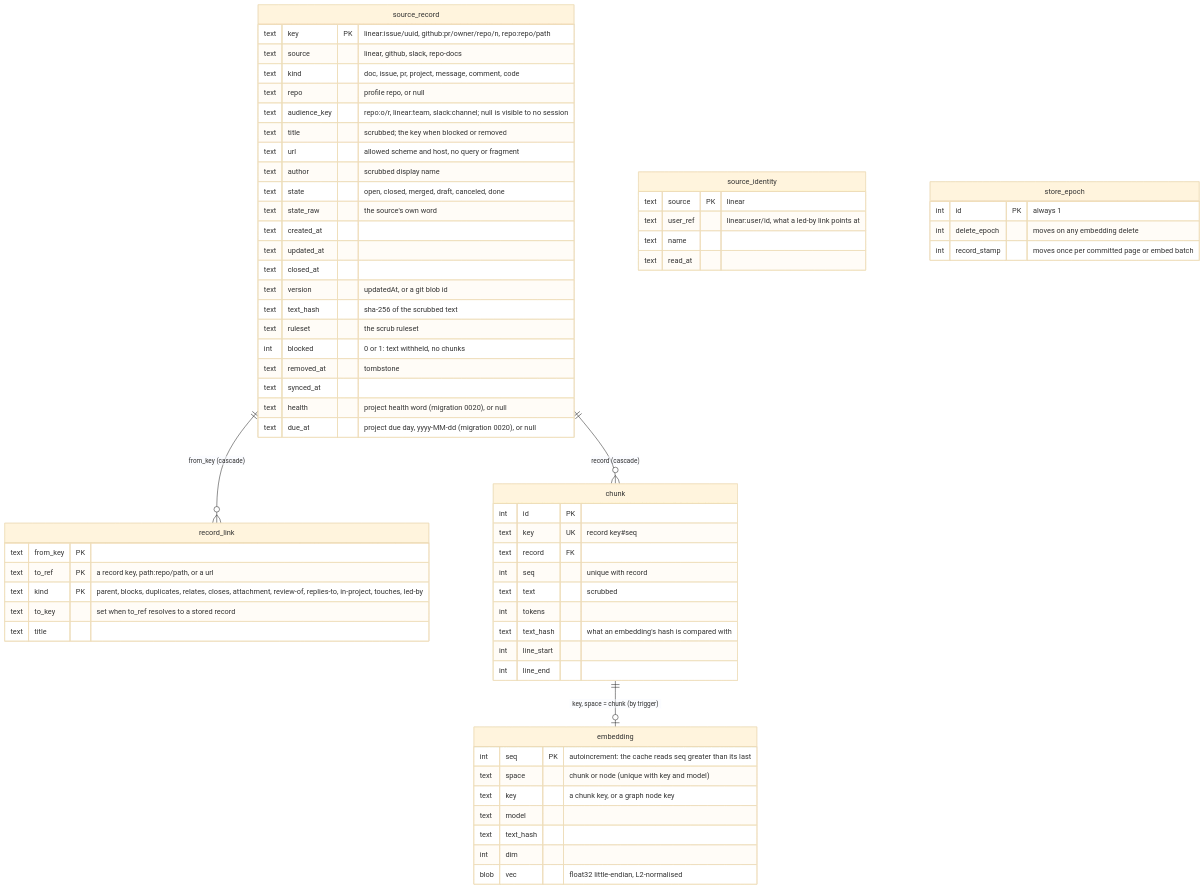
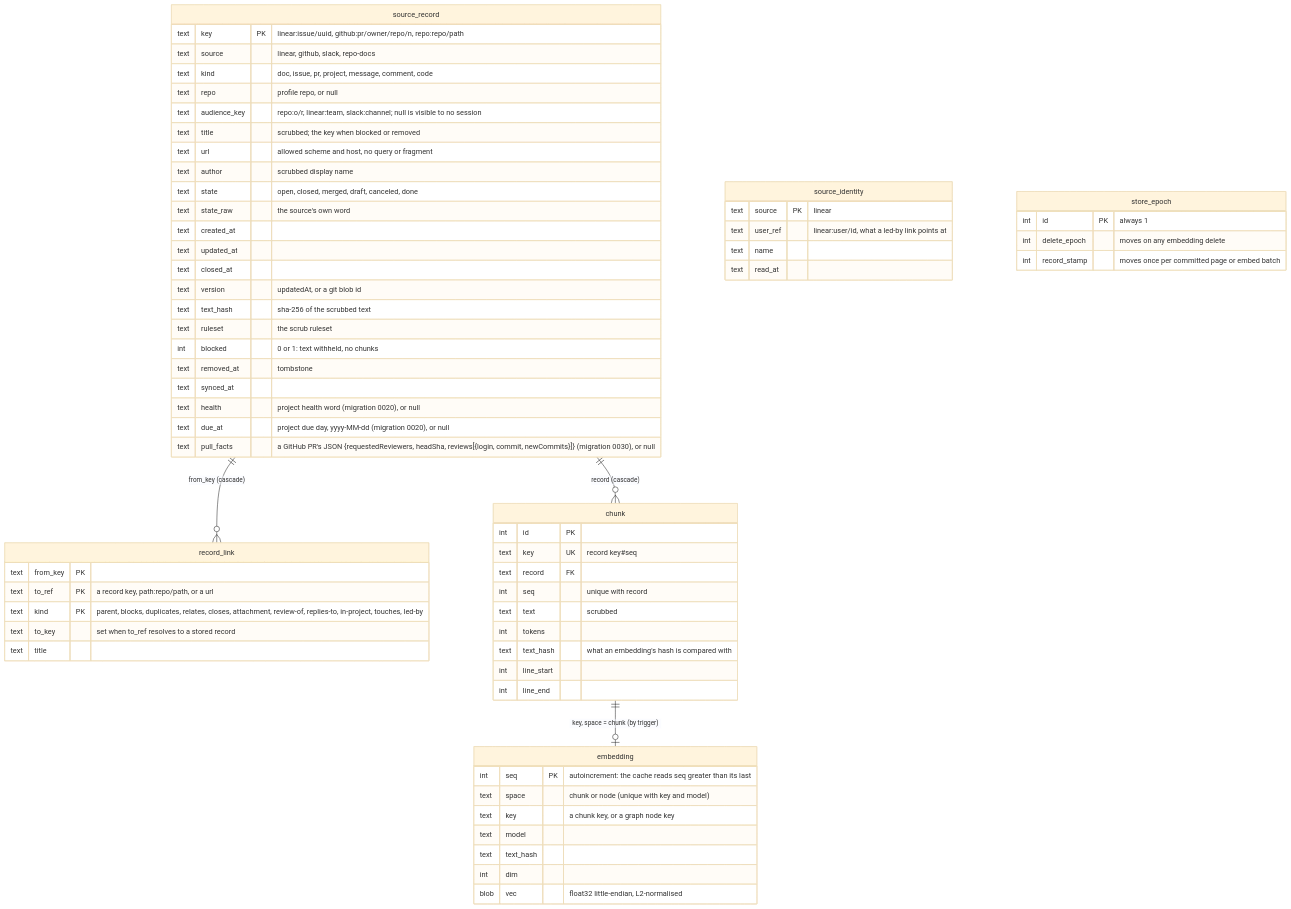
One commit to jthorare/agentic-workflow changed the diagram in planning/ERD.md. Above: the diagram before and after it, drawn with Mermaid (base theme). The commit also changed other lines of this file and 13 other files, not shown here.

First line of the commit message:
feat: PR records gain requested reviewers, head sha and each reviewer's reviewed commit with new-commit count (Part of #2076)

````diff
--- a/planning/ERD.md
+++ b/planning/ERD.md
@@ -23,67 +23,68 @@
 ```mermaid
 erDiagram
     source_record ||--o{ record_link : "from_key (cascade)"
     source_record ||--o{ chunk : "record (cascade)"
     chunk ||--o| embedding : "key, space = chunk (by trigger)"
     source_record {
         text key PK "linear:issue/uuid, github:pr/owner/repo/n, repo:repo/path"
         text source "linear, github, slack, repo-docs"
         text kind "doc, issue, pr, project, message, comment, code"
         text repo "profile repo, or null"
         text audience_key "repo:o/r, linear:team, slack:channel; null is visible to no session"
         text title "scrubbed; the key when blocked or removed"
         text url "allowed scheme and host, no query or fragment"
         text author "scrubbed display name"
         text state "open, closed, merged, draft, canceled, done"
         text state_raw "the source's own word"
         text created_at
         text updated_at
         text closed_at
         text version "updatedAt, or a git blob id"
         text text_hash "sha-256 of the scrubbed text"
         text ruleset "the scrub ruleset"
         int blocked "0 or 1: text withheld, no chunks"
         text removed_at "tombstone"
         text synced_at
         text health "project health word (migration 0020), or null"
         text due_at "project due day, yyyy-MM-dd (migration 0020), or null"
+        text pull_facts "a GitHub PR's JSON {requestedReviewers, headSha, reviews[{login, commit, newCommits}]} (migration 0030), or null"
     }
     source_identity {
         text source PK "linear"
         text user_ref "linear:user/id, what a led-by link points at"
         text name
         text read_at
     }
     record_link {
         text from_key PK
         text to_ref PK "a record key, path:repo/path, or a url"
         text kind PK "parent, blocks, duplicates, relates, closes, attachment, review-of, replies-to, in-project, touches, led-by"
         text to_key "set when to_ref resolves to a stored record"
         text title
     }
     chunk {
         int id PK
         text key UK "record key#seq"
         text record FK
         int seq "unique with record"
         text text "scrubbed"
         int tokens
         text text_hash "what an embedding's hash is compared with"
         int line_start
         int line_end
     }
     embedding {
         int seq PK "autoincrement: the cache reads seq greater than its last"
         text space "chunk or node (unique with key and model)"
         text key "a chunk key, or a graph node key"
         text model
         text text_hash
         int dim
         blob vec "float32 little-endian, L2-normalised"
     }
     store_epoch {
         int id PK "always 1"
         int delete_epoch "moves on any embedding delete"
         int record_stamp "moves once per committed page or embed batch"
     }
 ```
````
